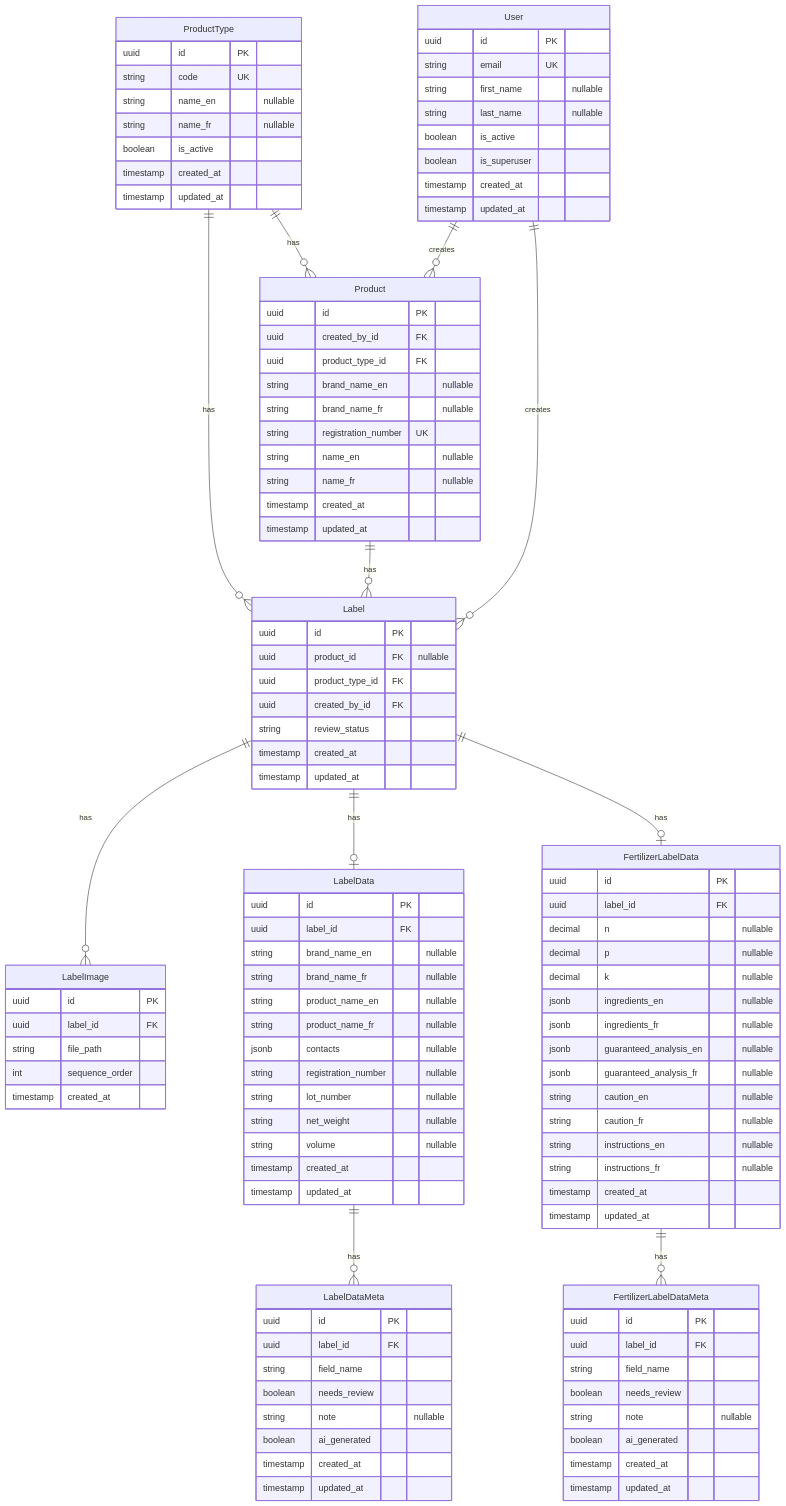
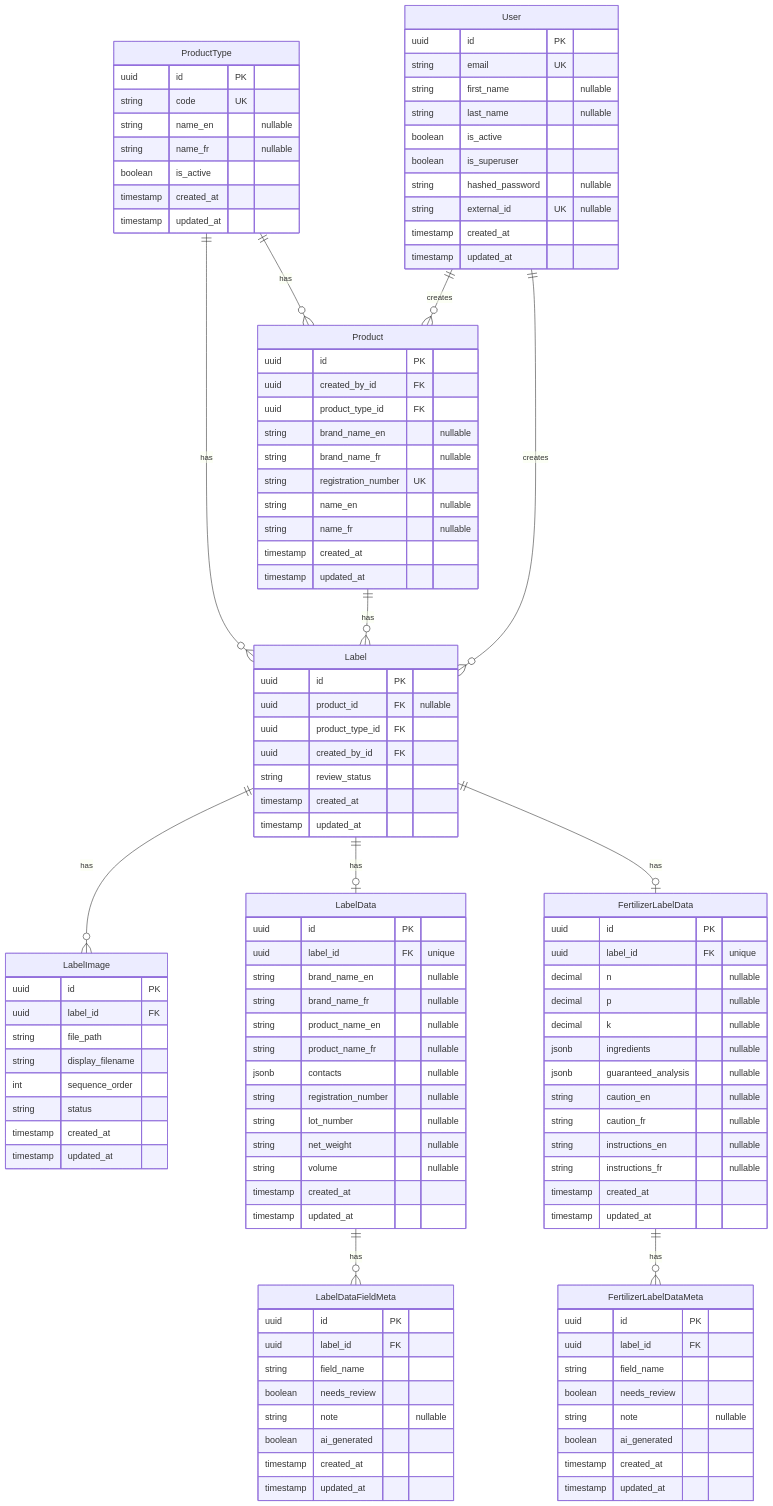
Before and after one commit to ai-cfia/fertiscan: the diagram in docs/erd.md, drawn with Mermaid. The commit also changed other lines of this file and 397 other files, not shown here.

First line of the commit message:
feat(labels): #269 implement label data page

```diff
--- a/docs/erd.md
+++ b/docs/erd.md
@@ -10,7 +10,7 @@
     Label ||--o{ LabelImage : "has"
     Label ||--o| LabelData : "has"
     Label ||--o| FertilizerLabelData : "has"
-    LabelData ||--o{ LabelDataMeta : "has"
+    LabelData ||--o{ LabelDataFieldMeta : "has"
     FertilizerLabelData ||--o{ FertilizerLabelDataMeta : "has"
     User ||--o{ Label : "creates"
     User ||--o{ Product : "creates"
@@ -52,13 +52,16 @@
         uuid id PK
         uuid label_id FK
         string file_path
+        string display_filename
         int sequence_order
+        string status
         timestamp created_at
+        timestamp updated_at
     }
 
     LabelData {
         uuid id PK
-        uuid label_id FK
+        uuid label_id FK "unique"
         string brand_name_en "nullable"
         string brand_name_fr "nullable"
         string product_name_en "nullable"
@@ -72,7 +75,7 @@
         timestamp updated_at
     }
 
-    LabelDataMeta {
+    LabelDataFieldMeta {
         uuid id PK
         uuid label_id FK
         string field_name
@@ -85,14 +88,12 @@
 
     FertilizerLabelData {
         uuid id PK
-        uuid label_id FK
+        uuid label_id FK "unique"
         decimal n "nullable"
         decimal p "nullable"
         decimal k "nullable"
-        jsonb ingredients_en "nullable"
-        jsonb ingredients_fr "nullable"
-        jsonb guaranteed_analysis_en "nullable"
-        jsonb guaranteed_analysis_fr "nullable"
+        jsonb ingredients "nullable"
+        jsonb guaranteed_analysis "nullable"
         string caution_en "nullable"
         string caution_fr "nullable"
         string instructions_en "nullable"
@@ -119,6 +120,8 @@
         string last_name "nullable"
         boolean is_active
         boolean is_superuser
+        string hashed_password "nullable"
+        string external_id UK "nullable"
         timestamp created_at
         timestamp updated_at
     }
```
